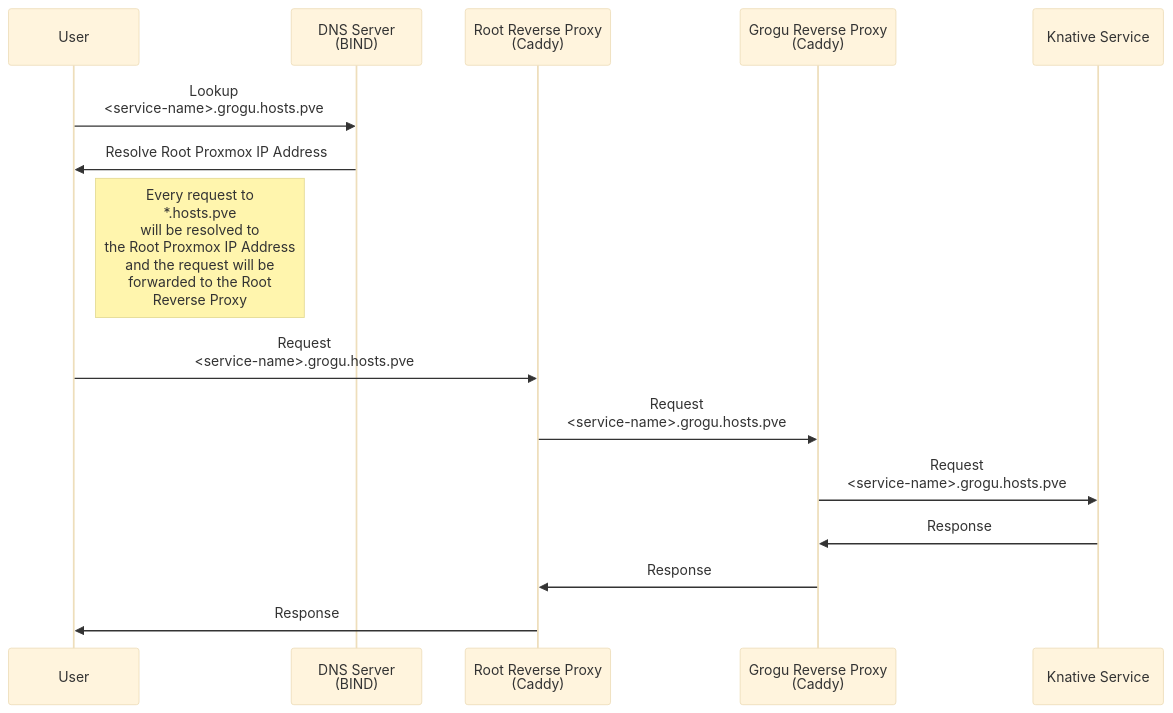
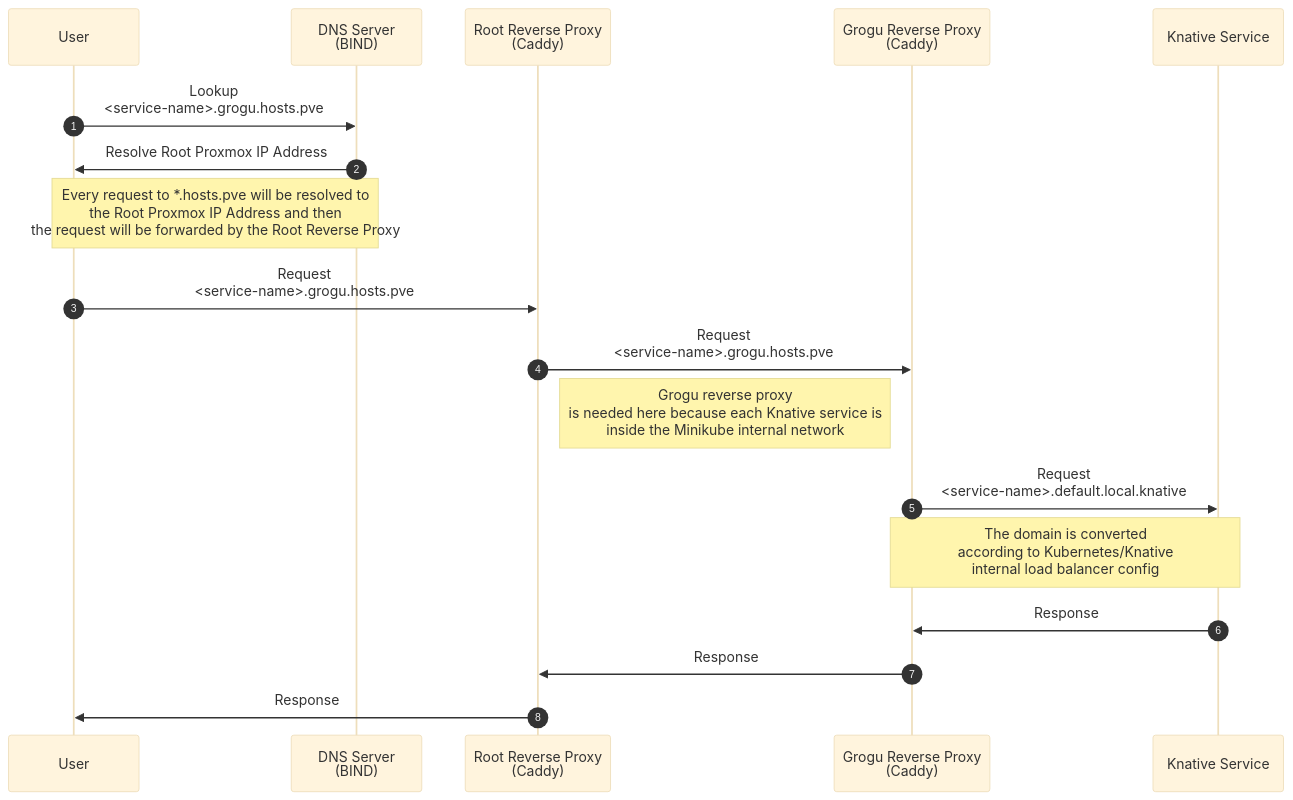
The second of 2 diagrams in README.md (Syakhisk/proxmox-minikube-knative), drawn with Mermaid (base theme) before and after one commit. The commit also changed other lines of this file, not shown here.

Commit message:
Update networking sequence diagram

````diff
--- a/README.md
+++ b/README.md
@@ -61,19 +88,25 @@
 ```mermaid
 sequenceDiagram
+  autonumber
   participant user as User
   participant bind as DNS Server <br> (BIND)
   participant rootCaddy as Root Reverse Proxy <br> (Caddy)
   participant svlCaddy as Grogu Reverse Proxy <br> (Caddy)
   participant svc as Knative Service
 
   user ->> bind: Lookup <br> <service-name>.grogu.hosts.pve
   bind ->> user: Resolve Root Proxmox IP Address
-  Note right of user: Every request to <br> *.hosts.pve <br> will be resolved to <br> the Root Proxmox IP Address <br> and the request will be <br> forwarded to the Root <br> Reverse Proxy
+  note over user,bind: Every request to *.hosts.pve will be resolved to <br> the Root Proxmox IP Address and then<br> the request will be forwarded by the Root Reverse Proxy
+
   user ->> rootCaddy: Request <br> <service-name>.grogu.hosts.pve
+
   rootCaddy ->> svlCaddy: Request <br> <service-name>.grogu.hosts.pve
-  svlCaddy ->> svc: Request <br> <service-name>.grogu.hosts.pve
+  note right of rootCaddy: Grogu reverse proxy <br> is needed here because each Knative service is <br> inside the Minikube internal network
+
+  svlCaddy ->> svc: Request <br> <service-name>.default.local.knative
+  note over svlCaddy,svc: The domain is converted <br> according to Kubernetes/Knative <br> internal load balancer config
+
   svc ->> svlCaddy: Response
   svlCaddy ->> rootCaddy: Response
   rootCaddy ->> user: Response
-
 ```
````
